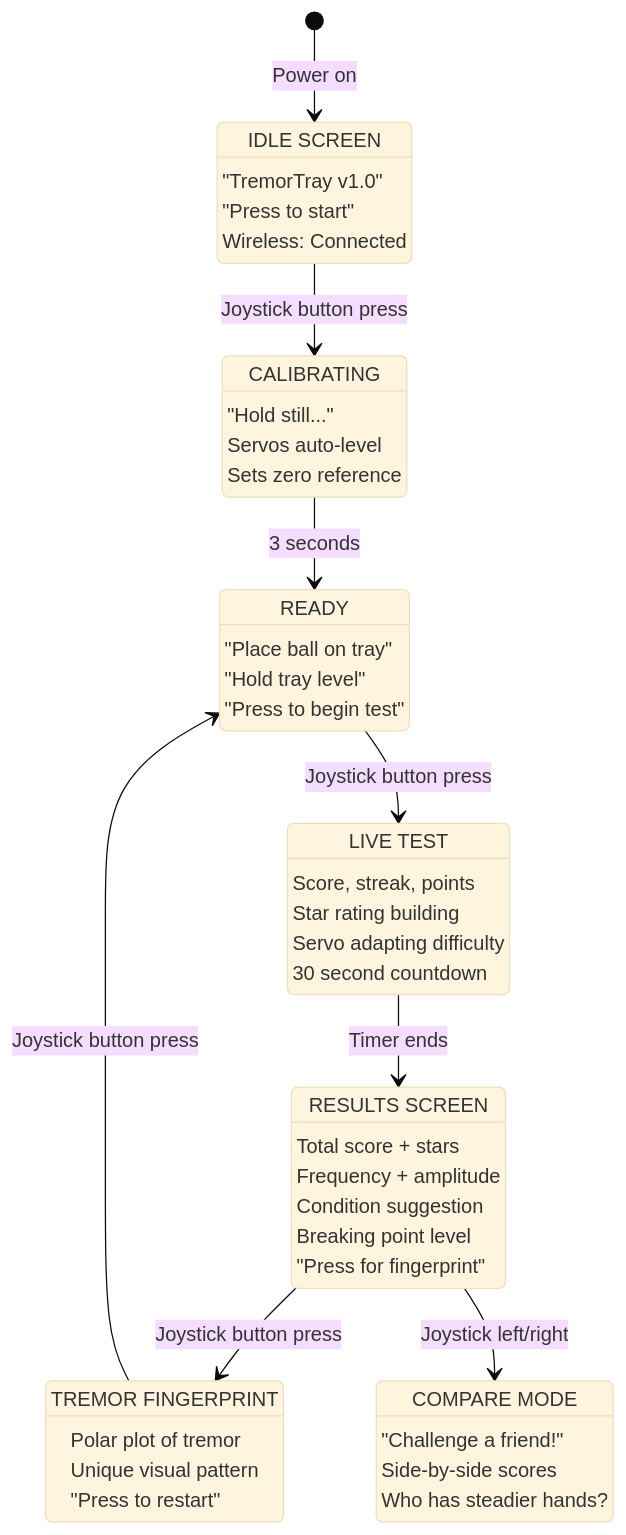
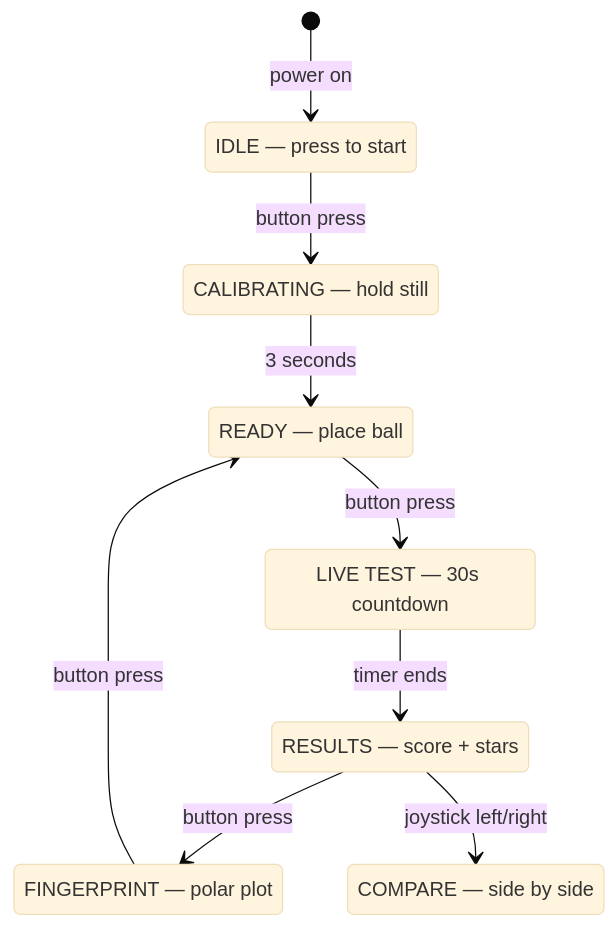
One commit to doyun-gu/hack-a-bot-2026 changed diagram 13 of 17 in docs/tremortray-proposal.md. Above: the diagram before and after it, drawn with Mermaid (base theme). The commit also changed other lines of this file and 3 other files, not shown here.

First line of the commit message:
Clean up diagrams + add EEE theory + ventilation application

````diff
--- a/docs/tremortray-proposal.md
+++ b/docs/tremortray-proposal.md
@@ -654,56 +499,18 @@
 ```mermaid
 stateDiagram-v2
-    [*] --> IDLE: Power on
-
-    IDLE: IDLE SCREEN
-    IDLE: "TremorTray v1.0"
-    IDLE: "Press to start"
-    IDLE: Wireless: Connected
-
-    IDLE --> CALIBRATING: Joystick button press
-
-    CALIBRATING: CALIBRATING
-    CALIBRATING: "Hold still..."
-    CALIBRATING: Servos auto-level
-    CALIBRATING: Sets zero reference
-
+    [*] --> IDLE: power on
+    IDLE: IDLE — press to start
+    IDLE --> CALIBRATING: button press
+    CALIBRATING: CALIBRATING — hold still
     CALIBRATING --> READY: 3 seconds
-
-    READY: READY
-    READY: "Place ball on tray"
-    READY: "Hold tray level"
-    READY: "Press to begin test"
-
-    READY --> TESTING: Joystick button press
-
-    TESTING: LIVE TEST
-    TESTING: Score, streak, points
-    TESTING: Star rating building
-    TESTING: Servo adapting difficulty
-    TESTING: 30 second countdown
-
-    TESTING --> RESULTS: Timer ends
-
-    RESULTS: RESULTS SCREEN
-    RESULTS: Total score + stars
-    RESULTS: Frequency + amplitude
-    RESULTS: Condition suggestion
-    RESULTS: Breaking point level
-    RESULTS: "Press for fingerprint"
-
-    RESULTS --> FINGERPRINT: Joystick button press
-
-    FINGERPRINT: TREMOR FINGERPRINT
-    FINGERPRINT: Polar plot of tremor
-    FINGERPRINT: Unique visual pattern
-    FINGERPRINT: "Press to restart"
-
-    FINGERPRINT --> READY: Joystick button press
-
-    RESULTS --> COMPARE: Joystick left/right
-
-    COMPARE: COMPARE MODE
-    COMPARE: "Challenge a friend!"
-    COMPARE: Side-by-side scores
-    COMPARE: Who has steadier hands?
+    READY: READY — place ball
+    READY --> TESTING: button press
+    TESTING: LIVE TEST — 30s countdown
+    TESTING --> RESULTS: timer ends
+    RESULTS: RESULTS — score + stars
+    RESULTS --> FINGERPRINT: button press
+    RESULTS --> COMPARE: joystick left/right
+    FINGERPRINT: FINGERPRINT — polar plot
+    FINGERPRINT --> READY: button press
+    COMPARE: COMPARE — side by side
 ```
````
